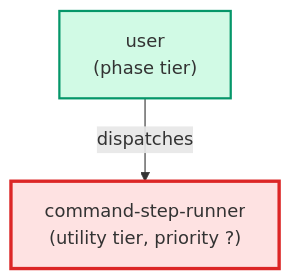
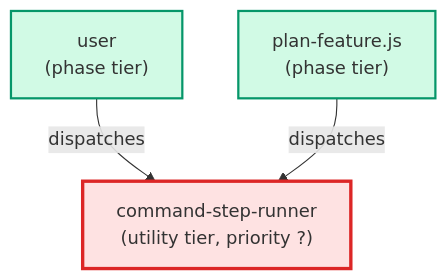
Before and after one commit to urlmonitor/leafcutter-ai: the diagram in docs/agents/cards/command-step-runner.card.md, drawn with Mermaid. The commit also changed other lines of this file and 9 other files, not shown here.

````diff
--- a/docs/agents/cards/command-step-runner.card.md
+++ b/docs/agents/cards/command-step-runner.card.md
@@ -57,12 +58,14 @@
 ```mermaid
 flowchart TD
     classDef supervisor fill:#dbeafe,stroke:#2563eb,stroke-width:2px
     classDef phase fill:#d1fae5,stroke:#059669,stroke-width:2px
     classDef utility fill:#f3f4f6,stroke:#4b5563,stroke-width:2px
     classDef target fill:#fee2e2,stroke:#dc2626,stroke-width:3px
 
     user["user\n(phase tier)"]:::phase
+    plan_feature.js["plan-feature.js\n(phase tier)"]:::phase
     command_step_runner["command-step-runner\n(utility tier, priority ?)"]:::target
 
     user -->|dispatches| command_step_runner
+    plan_feature.js -->|dispatches| command_step_runner
 ```
````
